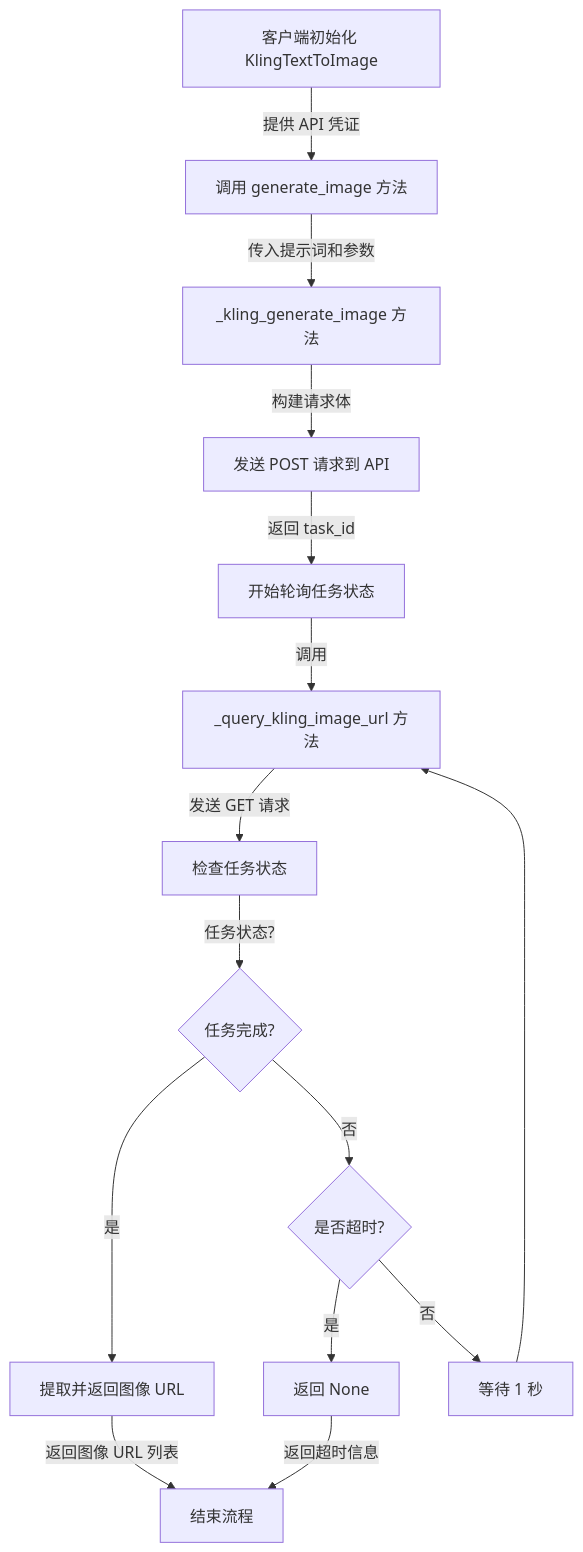
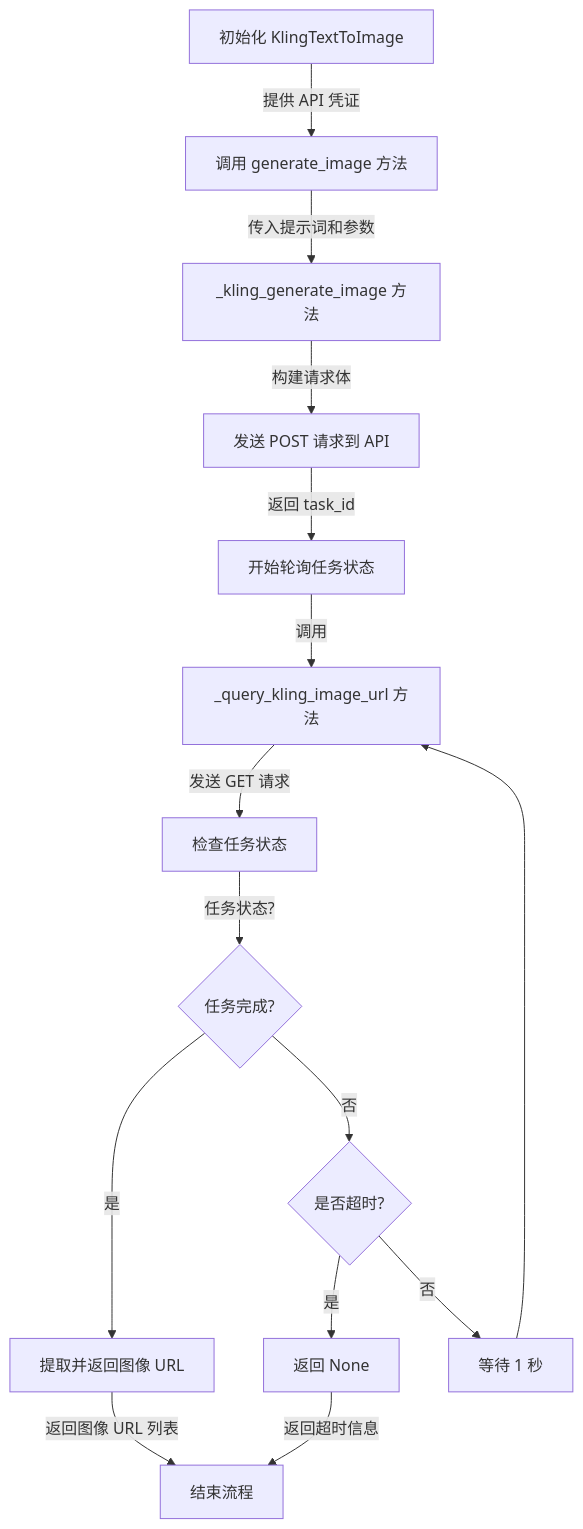
One commit to DMXAPI/DMXAPI-docs changed the diagram in docs/zh/models/kling/kling-text-to-image.md. Above: the diagram before and after it, drawn with Mermaid. The commit also changed other lines of this file and 3 other files, not shown here.

````diff
--- a/docs/zh/models/kling/kling-text-to-image.md
+++ b/docs/zh/models/kling/kling-text-to-image.md
@@ -44,21 +44,21 @@
 ```mermaid
 graph TD
-    A[客户端初始化 KlingTextToImage] -->|提供 API 凭证| B[调用 generate_image 方法]
+    A[初始化 KlingTextToImage] -->|提供 API 凭证| B[调用 generate_image 方法]
     B -->|传入提示词和参数| C[_kling_generate_image 方法]
     C -->|构建请求体| D[发送 POST 请求到 API]
     D -->|返回 task_id| E[开始轮询任务状态]
     
     E -->|调用| F[_query_kling_image_url 方法]
     F -->|发送 GET 请求| G[检查任务状态]
     
     G -->|任务状态?| H{任务完成?}
     H -->|是| I[提取并返回图像 URL]
     H -->|否| J{是否超时?}
     
     J -->|是| K[返回 None]
     J -->|否| L[等待 1 秒]
     L --> F
     
     I -->|返回图像 URL 列表| M[结束流程]
     K -->|返回超时信息| M
 ```
````
